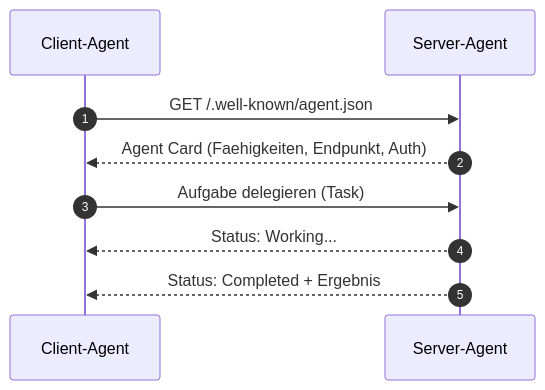
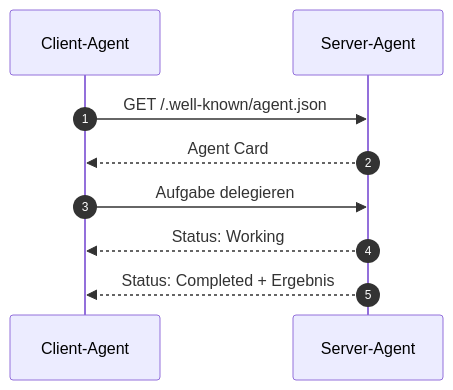
One commit to ralf-42/Agenten changed the third of 9 diagrams in docs/concepts/Agenten_Kommunikationsprotokolle.md. Above: the diagram before and after it, drawn with Mermaid. The commit also changed other lines of this file and 15 other files, not shown here.

````diff
--- a/docs/concepts/Agenten_Kommunikationsprotokolle.md
+++ b/docs/concepts/Agenten_Kommunikationsprotokolle.md
@@ -174,12 +136,12 @@
 ```mermaid
 sequenceDiagram
     autonumber
     participant C as Client-Agent
     participant S as Server-Agent
 
     C->>S: GET /.well-known/agent.json
-    S-->>C: Agent Card (Faehigkeiten, Endpunkt, Auth)
-    C->>S: Aufgabe delegieren (Task)
-    S-->>C: Status: Working...
+    S-->>C: Agent Card
+    C->>S: Aufgabe delegieren
+    S-->>C: Status: Working
     S-->>C: Status: Completed + Ergebnis
 ```
````
